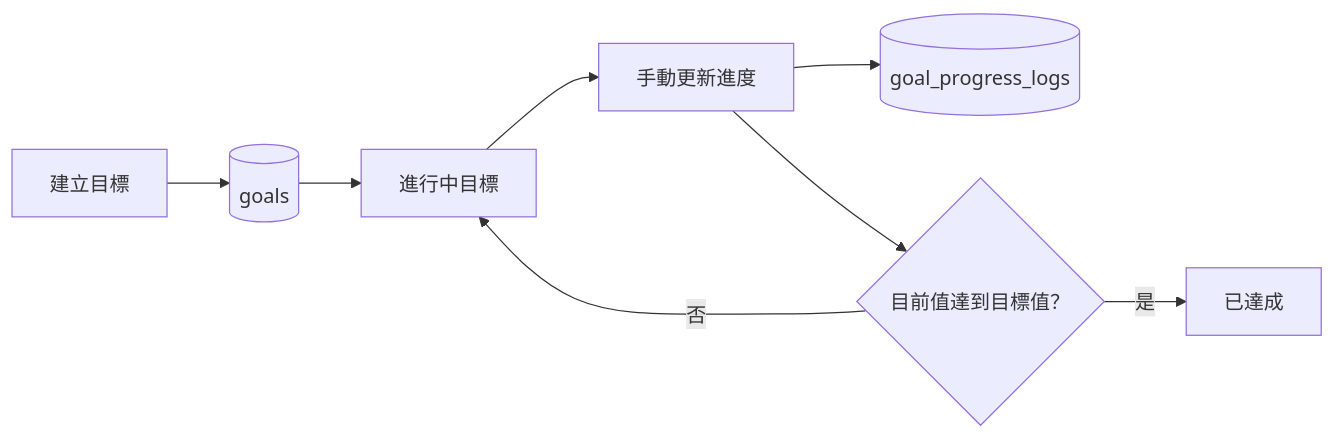
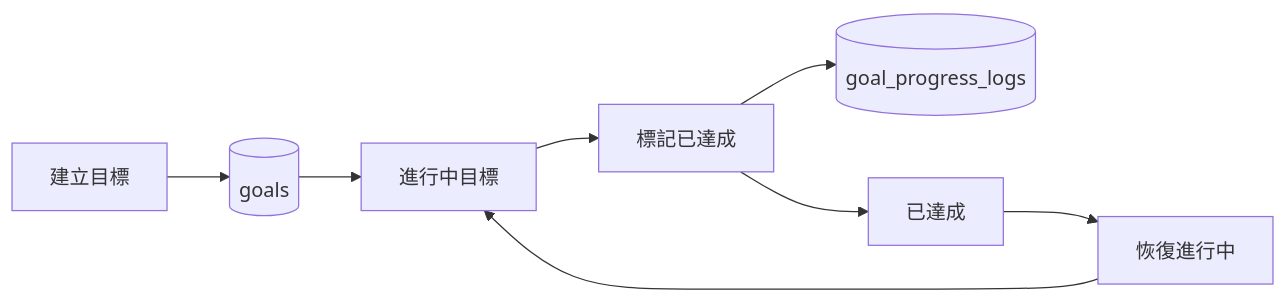
The second of 2 diagrams in docs/architecture.md (jlin53882/Flowfolio), drawn with Mermaid before and after one commit. The commit also changed other lines of this file and 10 other files, not shown here.

````diff
--- a/docs/architecture.md
+++ b/docs/architecture.md
@@ -45,10 +45,10 @@
 ```mermaid
 flowchart LR
     Form[建立目標] --> Goal[(goals)]
     Goal --> Active[進行中目標]
-    Active --> Update[手動更新進度]
-    Update --> Log[(goal_progress_logs)]
-    Update --> Check{目前值達到目標值？}
-    Check -- 否 --> Active
-    Check -- 是 --> Completed[已達成]
+    Active --> Complete[標記已達成]
+    Complete --> Log[(goal_progress_logs)]
+    Complete --> Completed[已達成]
+    Completed --> Reopen[恢復進行中]
+    Reopen --> Active
 ```
````
